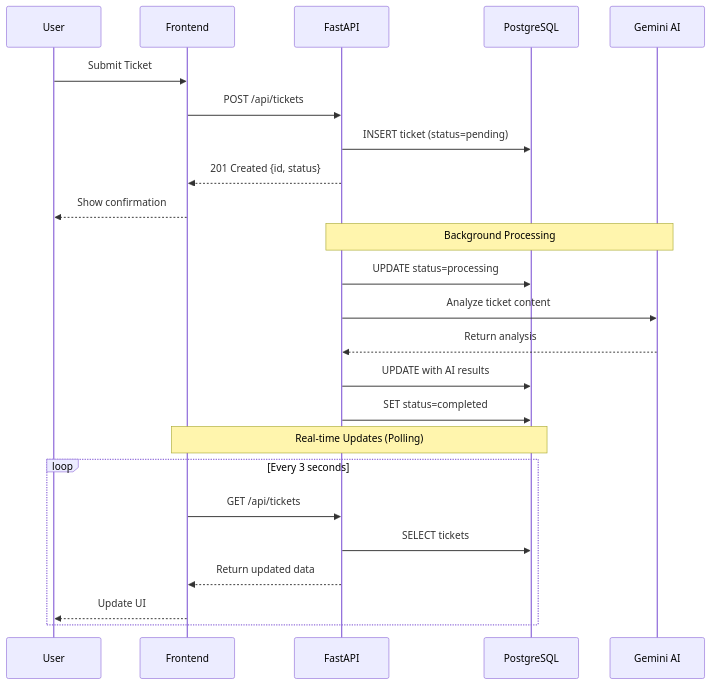
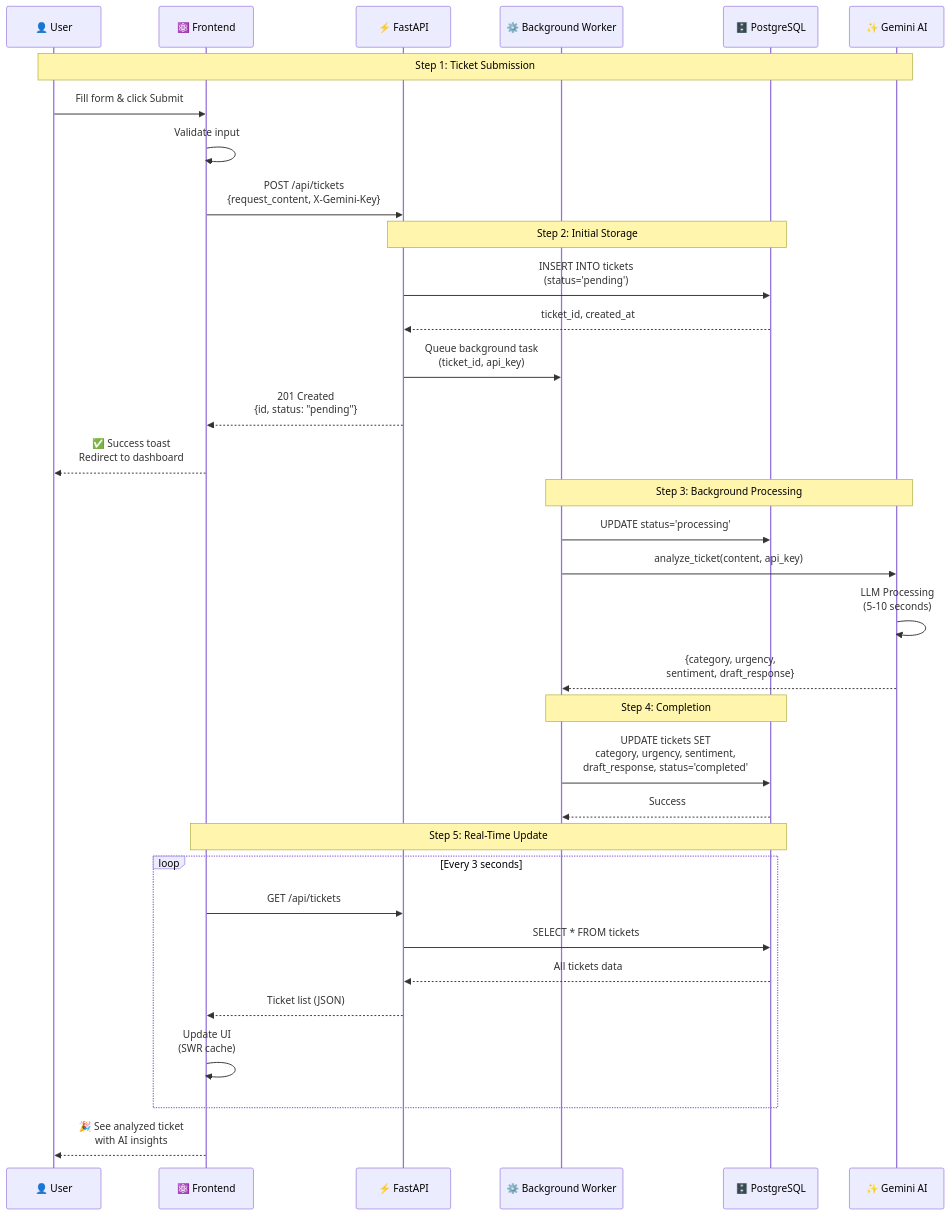
Before and after one commit to AdamChoudary/Ticket-Management-System: the second of 2 diagrams in README.md, drawn with Mermaid. The commit also changed other lines of this file and 1 other file, not shown here.

Commit message:
docs: extensively update README with comprehensive project details, features, architecture, and user guide, and remove a redundant .env file.

````diff
--- a/README.md
+++ b/README.md
@@ -85,29 +244,42 @@
 ```mermaid
 sequenceDiagram
-    participant U as User
-    participant FE as Frontend
-    participant API as FastAPI
-    participant DB as PostgreSQL
-    participant AI as Gemini AI
+    participant U as 👤 User
+    participant FE as ⚛️ Frontend
+    participant API as ⚡ FastAPI
+    participant BG as ⚙️ Background Worker
+    participant DB as 🗄️ PostgreSQL
+    participant AI as ✨ Gemini AI
     
-    U->>FE: Submit Ticket
-    FE->>API: POST /api/tickets
-    API->>DB: INSERT ticket (status=pending)
-    API-->>FE: 201 Created {id, status}
-    FE-->>U: Show confirmation
+    Note over U,AI: Step 1: Ticket Submission
+    U->>FE: Fill form & click Submit
+    FE->>FE: Validate input
+    FE->>API: POST /api/tickets<br/>{request_content, X-Gemini-Key}
     
-    Note over API,AI: Background Processing
-    API->>DB: UPDATE status=processing
-    API->>AI: Analyze ticket content
-    AI-->>API: Return analysis
-    API->>DB: UPDATE with AI results
-    API->>DB: SET status=completed
+    Note over API,DB: Step 2: Initial Storage
+    API->>DB: INSERT INTO tickets<br/>(status='pending')
+    DB-->>API: ticket_id, created_at
+    API->>BG: Queue background task<br/>(ticket_id, api_key)
+    API-->>FE: 201 Created<br/>{id, status: "pending"}
+    FE-->>U: ✅ Success toast<br/>Redirect to dashboard
     
-    Note over FE,DB: Real-time Updates (Polling)
+    Note over BG,AI: Step 3: Background Processing
+    BG->>DB: UPDATE status='processing'
+    BG->>AI: analyze_ticket(content, api_key)
+    AI->>AI: LLM Processing<br/>(5-10 seconds)
+    AI-->>BG: {category, urgency,<br/>sentiment, draft_response}
+    
+    Note over BG,DB: Step 4: Completion
+    BG->>DB: UPDATE tickets SET<br/>category, urgency, sentiment,<br/>draft_response, status='completed'
+    DB-->>BG: Success
+    
+    Note over FE,DB: Step 5: Real-Time Update
     loop Every 3 seconds
         FE->>API: GET /api/tickets
-        API->>DB: SELECT tickets
-        API-->>FE: Return updated data
-        FE-->>U: Update UI
+        API->>DB: SELECT * FROM tickets
+        DB-->>API: All tickets data
+        API-->>FE: Ticket list (JSON)
+        FE->>FE: Update UI<br/>(SWR cache)
     end
+    
+    FE-->>U: 🎉 See analyzed ticket<br/>with AI insights
 ```
````
